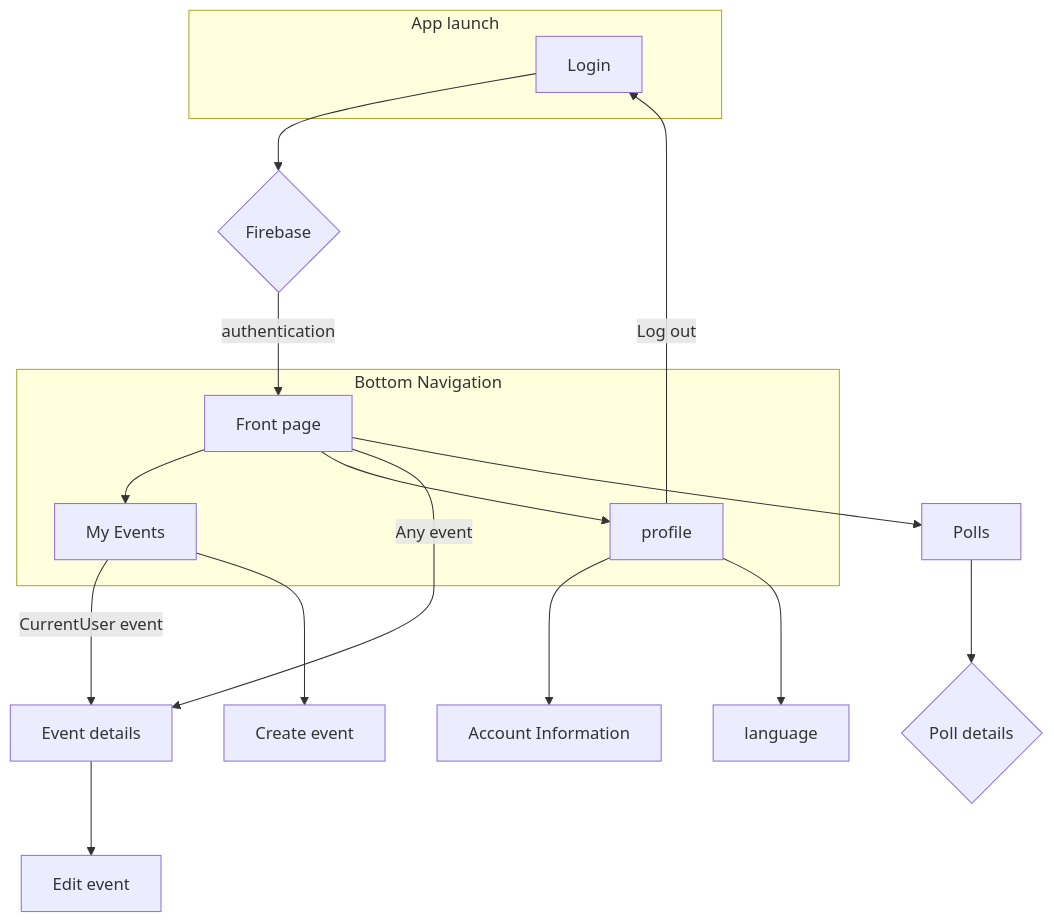
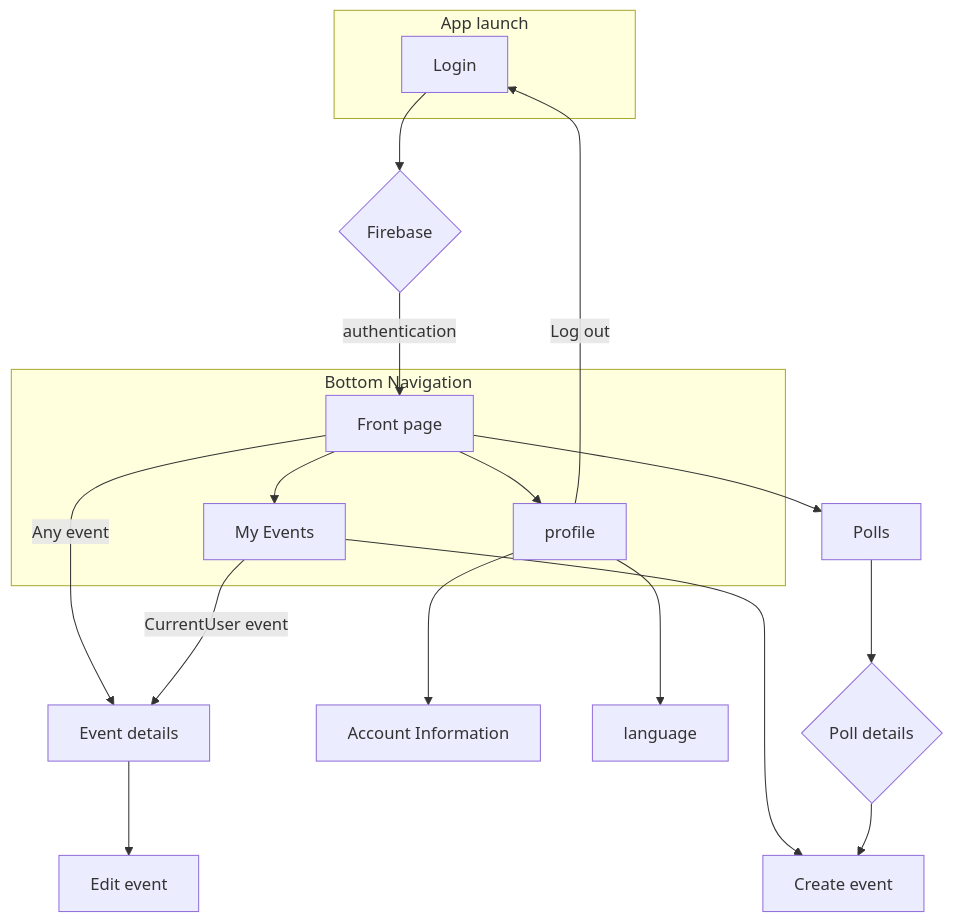
Before and after one commit to Zlatans3/FlotMand: the diagram in README.md, drawn with Mermaid.

`````diff
--- a/README.md
+++ b/README.md
@@ -103,24 +103,25 @@
 ```mermaid
 graph TD;
   Login[Login] --> B{Firebase};
   B --> |authentication| C[Front page];
   C --> D[My Events]
   C --> E[profile]
   C --> |Any event| G[Event details]
   D --> |CurrentUser event| G
   E --> |Log out| Login
   E --> j[Account Information]
   E --> K[language]
   C --> H[Polls]
   H --> i{Poll details}
   D --> F[Create event]
   G --> EDIT[Edit event]
+  i --> F
 subgraph Bottom Navigation
             C
             D
             E
 end
 subgraph App launch
             Login
 end
 ````
`````
